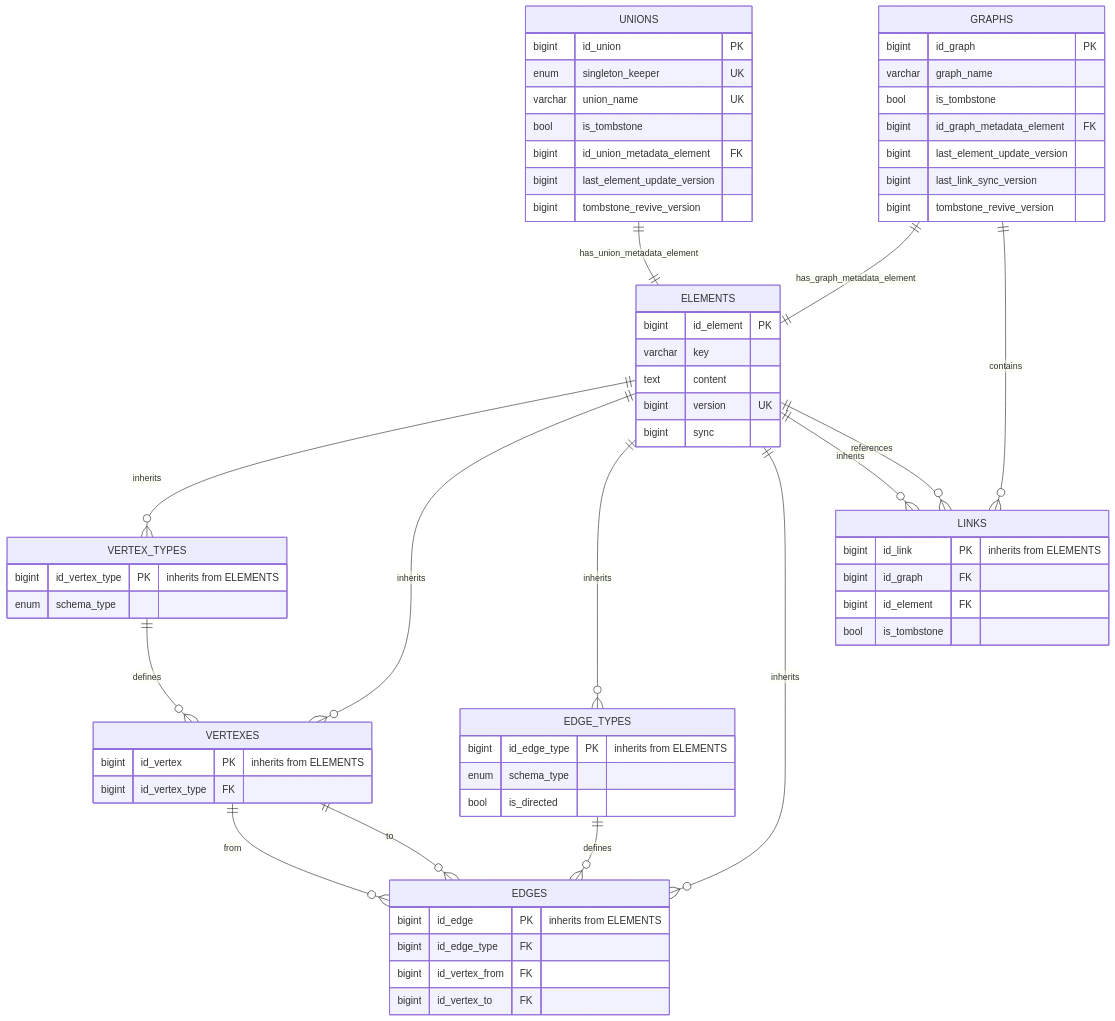
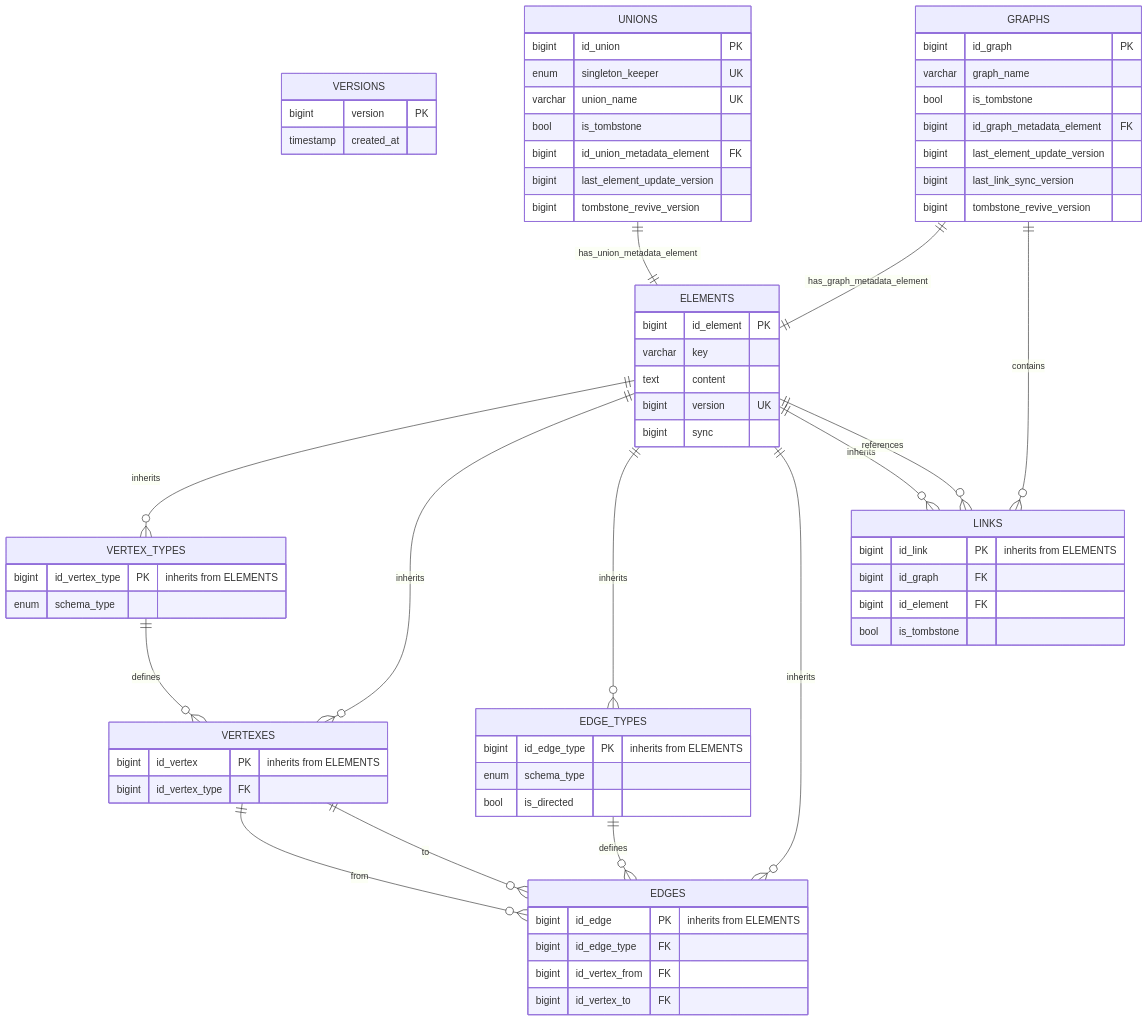
One commit to flower-org/ViUn changed the diagram in ViUn source DB.md. Above: the diagram before and after it, drawn with Mermaid. The commit also changed 2 other files, not shown here.

Commit message:
ViUn SourceDB diagram updated

````diff
--- a/ViUn source DB.md
+++ b/ViUn source DB.md
@@ -8,73 +8,78 @@
 ```mermaid
 erDiagram
+    VERSIONS {
+        bigint version PK
+        timestamp created_at
+    }
+
     UNIONS ||--|| ELEMENTS : "has_union_metadata_element"
     UNIONS {
         bigint id_union PK
         enum singleton_keeper UK
         varchar union_name UK
         bool is_tombstone
         bigint id_union_metadata_element FK
         bigint last_element_update_version
         bigint tombstone_revive_version
     }
 
     ELEMENTS ||--o{ VERTEX_TYPES : "inherits"
     ELEMENTS ||--o{ VERTEXES : "inherits"
     ELEMENTS ||--o{ EDGE_TYPES : "inherits"
     ELEMENTS ||--o{ EDGES : "inherits"
     ELEMENTS ||--o{ LINKS : "inherits"
     ELEMENTS ||--o{ LINKS : references
     ELEMENTS {
         bigint id_element PK
         varchar key
         text content
         bigint version UK
         bigint sync
     }
 
     VERTEX_TYPES ||--o{ VERTEXES : "defines"
     VERTEX_TYPES {
         bigint id_vertex_type PK "inherits from ELEMENTS"
         enum schema_type
     }
 
     VERTEXES ||--o{ EDGES : "from"
     VERTEXES ||--o{ EDGES : "to"
     VERTEXES {
         bigint id_vertex PK "inherits from ELEMENTS"
         bigint id_vertex_type FK
     }
 
     EDGE_TYPES {
         bigint id_edge_type PK "inherits from ELEMENTS"
         enum schema_type
         bool is_directed
     }
 
     EDGE_TYPES ||--o{ EDGES : "defines"
     EDGES {
         bigint id_edge PK "inherits from ELEMENTS"
         bigint id_edge_type FK
         bigint id_vertex_from FK
         bigint id_vertex_to FK
     }
 
     GRAPHS ||--|| ELEMENTS : "has_graph_metadata_element"
     GRAPHS ||--o{ LINKS : contains
     GRAPHS {
         bigint id_graph PK
         varchar graph_name
         bool is_tombstone
         bigint id_graph_metadata_element FK
         bigint last_element_update_version
         bigint last_link_sync_version
         bigint tombstone_revive_version
     }
 
     LINKS {
         bigint id_link PK "inherits from ELEMENTS"
         bigint id_graph FK
         bigint id_element FK
         bool is_tombstone
     }
 ```
````
